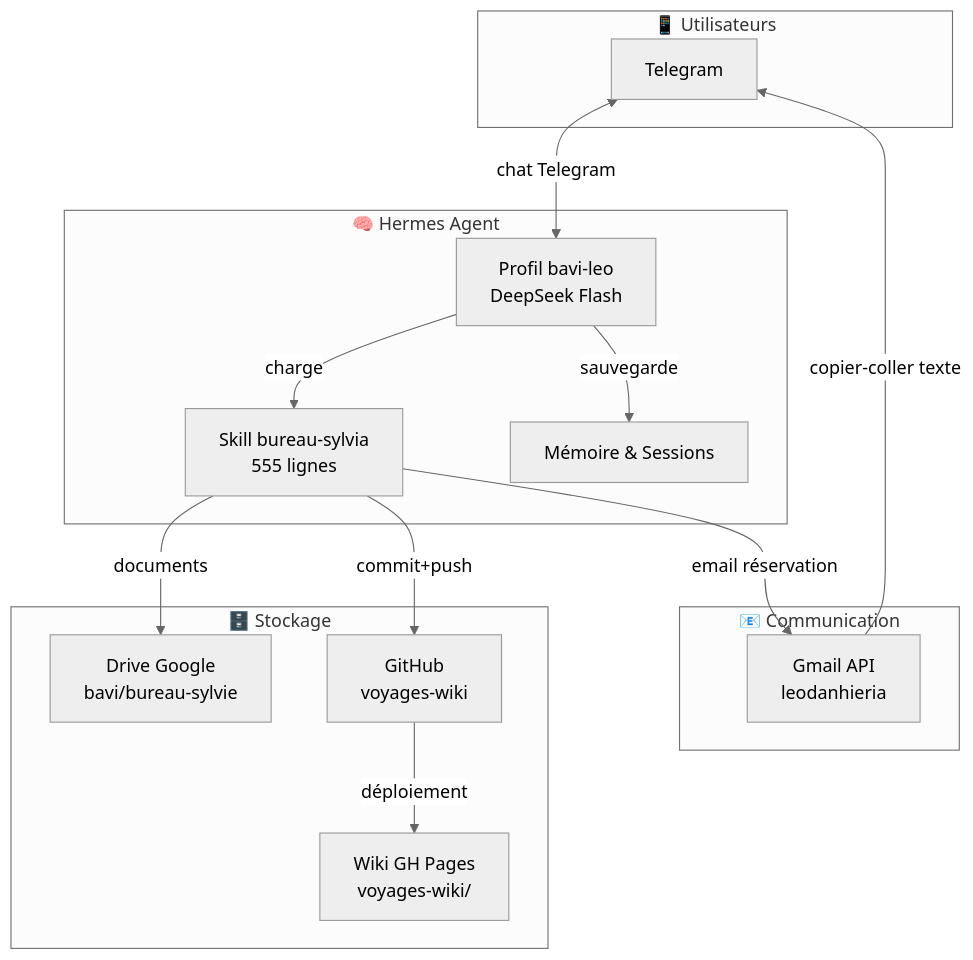
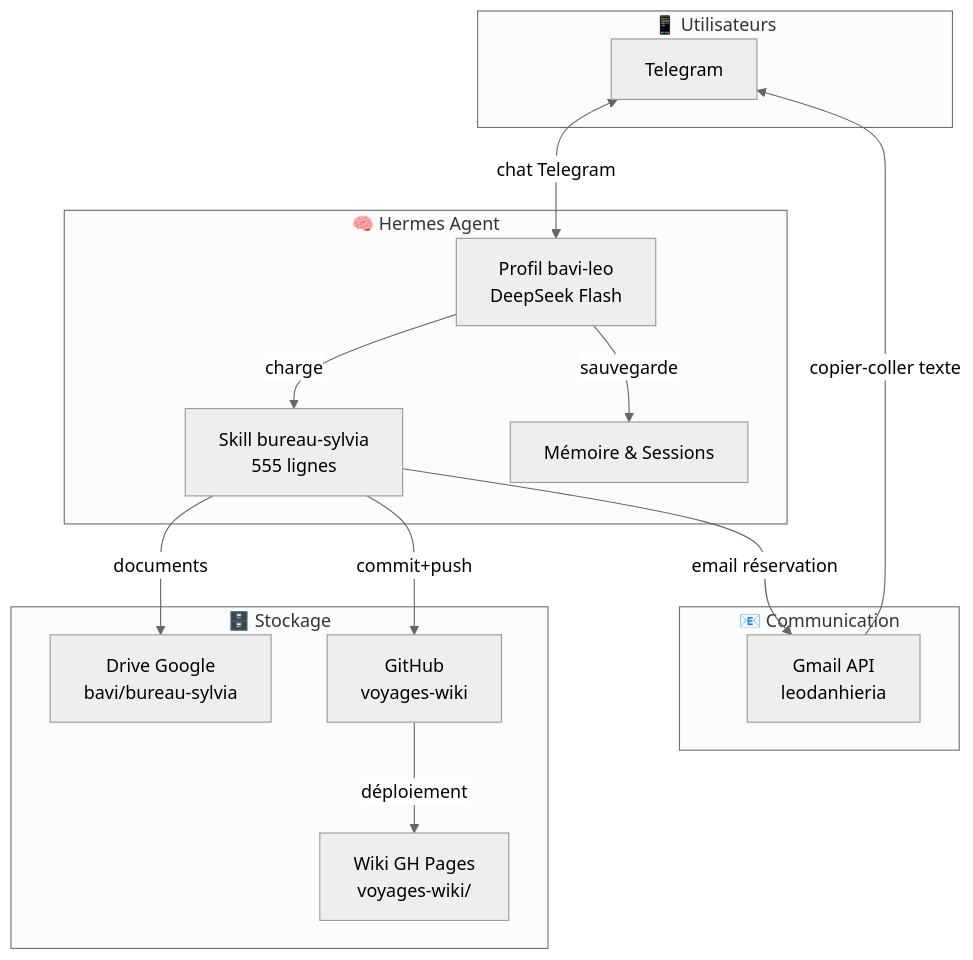
The first of 5 diagrams in docs/wiki/agent-pro/bureau-robert/analyse-bot-voyage-sylvia.md (christophedanhier-hash/BAVI_LEO), drawn with Mermaid (neutral theme) before and after one commit. The commit also changed other lines of this file and 2 other files, not shown here.

Commit message:
🐛 Drive bureau-sylvie → bureau-sylvia

````diff
--- a/docs/wiki/agent-pro/bureau-robert/analyse-bot-voyage-sylvia.md
+++ b/docs/wiki/agent-pro/bureau-robert/analyse-bot-voyage-sylvia.md
@@ -49,31 +49,31 @@
 ```mermaid
 graph TB
     subgraph "📱 Utilisateurs"
         T[Telegram]
     end
 
     subgraph "🧠 Hermes Agent"
         BP[Profil bavi-leo<br/>DeepSeek Flash]
         SK[Skill bureau-sylvia<br/>555 lignes]
         MB[Mémoire & Sessions]
     end
 
     subgraph "🗄️ Stockage"
-        DRV[Drive Google<br/>bavi/bureau-sylvie]
+        DRV[Drive Google<br/>bavi/bureau-sylvia]
         GH[GitHub<br/>voyages-wiki]
         WP[Wiki GH Pages<br/>voyages-wiki/]
     end
 
     subgraph "📧 Communication"
         GM[Gmail API<br/>leodanhieria]
     end
 
     T <-->|chat Telegram| BP
     BP -->|charge| SK
     BP -->|sauvegarde| MB
     SK -->|documents| DRV
     SK -->|commit+push| GH
     GH -->|déploiement| WP
     SK -->|email réservation| GM
     GM -->|copier-coller texte| T
 ```
````
